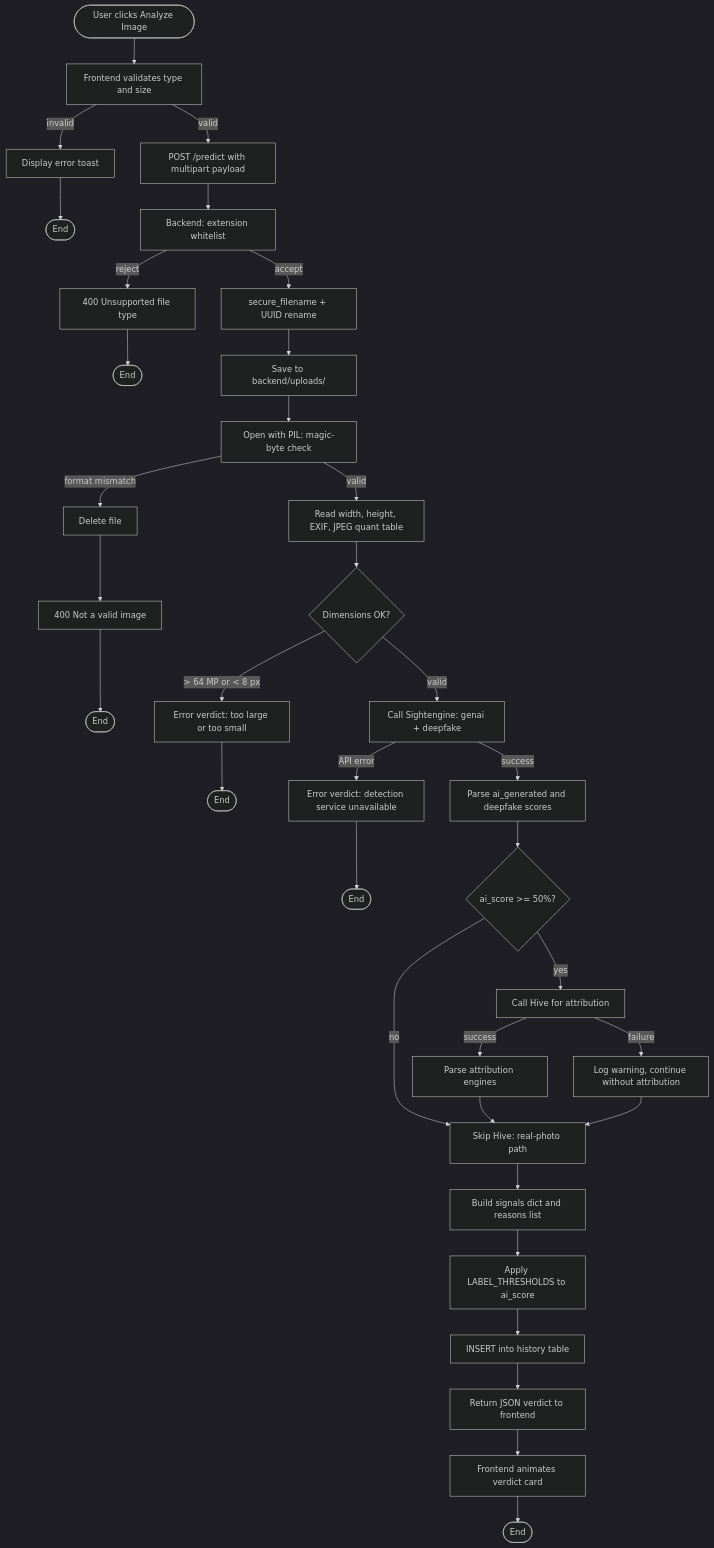
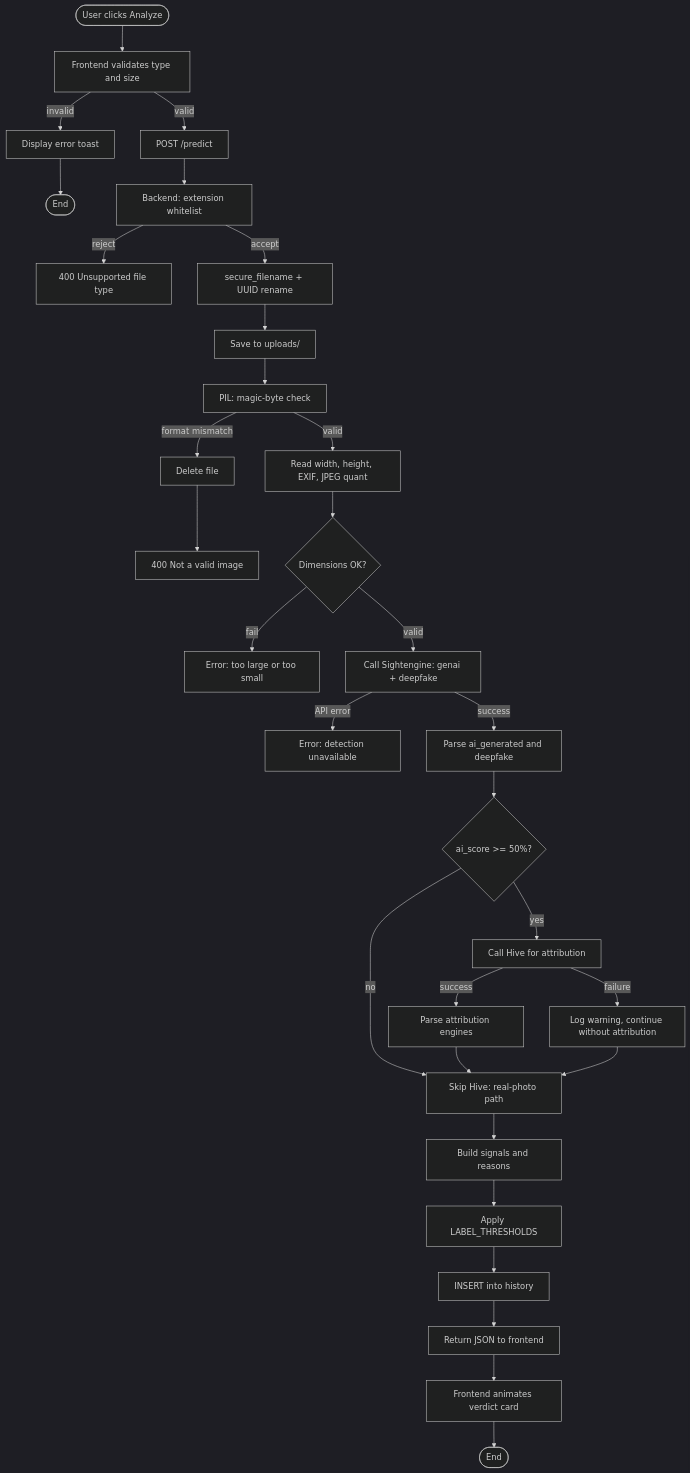
The second of 3 diagrams in docs/dissertation/05-analysis.md (M4hdi-7/TrueSight-AI-Image-Detector), drawn with Mermaid (dark theme) before and after one commit. The commit also changed other lines of this file and 9 other files, not shown here.

````diff
--- a/docs/dissertation/05-analysis.md
+++ b/docs/dissertation/05-analysis.md
@@ -126,37 +88,33 @@
 ```mermaid
 flowchart TD
-    Start([User clicks Analyze Image]) --> A[Frontend validates type and size]
+    Start([User clicks Analyze]) --> A[Frontend validates type and size]
     A -->|invalid| ErrToast[Display error toast]
     ErrToast --> End1([End])
-    A -->|valid| B[POST /predict with multipart payload]
+    A -->|valid| B[POST /predict]
     B --> C[Backend: extension whitelist]
     C -->|reject| Err400a[400 Unsupported file type]
-    Err400a --> End2([End])
     C -->|accept| D[secure_filename + UUID rename]
-    D --> E[Save to backend/uploads/]
-    E --> F[Open with PIL: magic-byte check]
+    D --> E[Save to uploads/]
+    E --> F[PIL: magic-byte check]
     F -->|format mismatch| DelFile[Delete file]
     DelFile --> Err400b[400 Not a valid image]
-    Err400b --> End3([End])
-    F -->|valid| G[Read width, height, EXIF, JPEG quant table]
+    F -->|valid| G[Read width, height, EXIF, JPEG quant]
     G --> H{Dimensions OK?}
-    H -->|"> 64 MP or < 8 px"| ErrDim[Error verdict: too large or too small]
-    ErrDim --> End4([End])
+    H -->|fail| ErrDim[Error: too large or too small]
     H -->|valid| I[Call Sightengine: genai + deepfake]
-    I -->|API error| ErrSE[Error verdict: detection service unavailable]
-    ErrSE --> End5([End])
-    I -->|success| J[Parse ai_generated and deepfake scores]
+    I -->|API error| ErrSE[Error: detection unavailable]
+    I -->|success| J[Parse ai_generated and deepfake]
     J --> K{ai_score >= 50%?}
     K -->|no| M[Skip Hive: real-photo path]
     K -->|yes| L[Call Hive for attribution]
     L -->|success| L1[Parse attribution engines]
     L -->|failure| L2[Log warning, continue without attribution]
     L1 --> M
     L2 --> M
-    M --> N[Build signals dict and reasons list]
-    N --> O[Apply LABEL_THRESHOLDS to ai_score]
-    O --> P[INSERT into history table]
-    P --> Q[Return JSON verdict to frontend]
+    M --> N[Build signals and reasons]
+    N --> O[Apply LABEL_THRESHOLDS]
+    O --> P[INSERT into history]
+    P --> Q[Return JSON to frontend]
     Q --> R[Frontend animates verdict card]
-    R --> End6([End])
+    R --> End2([End])
 ```
````
